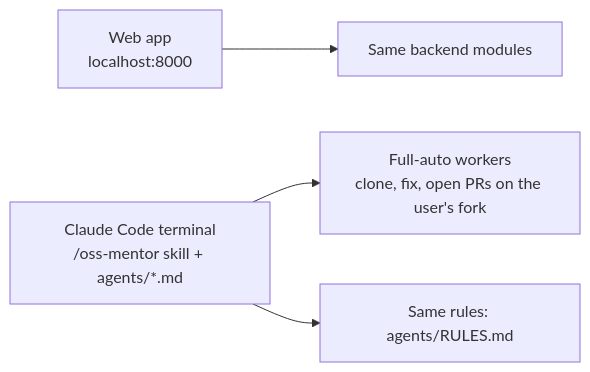
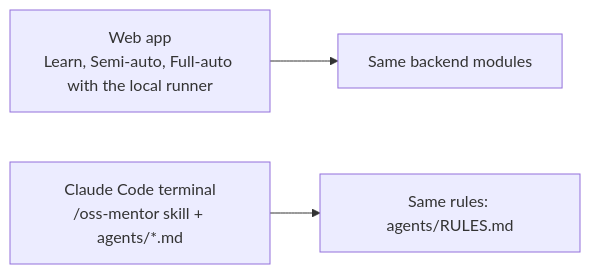
The eighth of 8 diagrams in docs/ARCHITECTURE.md (havinash-007/moreee), drawn with Mermaid before and after one commit. The commit also changed other lines of this file and 15 other files, not shown here.

First line of the commit message:
Full-auto mode (Option A): gated jobs, local runner, review-before-PR, live progress

````diff
--- a/docs/ARCHITECTURE.md
+++ b/docs/ARCHITECTURE.md
@@ -178,6 +226,5 @@
 ```mermaid
 flowchart LR
-  W["Web app<br/>localhost:8000"] --> SRV["Same backend modules"]
-  T["Claude Code terminal<br/>/oss-mentor skill + agents/*.md"] --> FA["Full-auto workers<br/>clone, fix, open PRs on the user's fork"]
-  T --> SRV2["Same rules: agents/RULES.md"]
+  W["Web app<br/>Learn, Semi-auto, Full-auto with the local runner"] --> SRV["Same backend modules"]
+  T["Claude Code terminal<br/>/oss-mentor skill + agents/*.md"] --> SRV2["Same rules: agents/RULES.md"]
 ```
````
